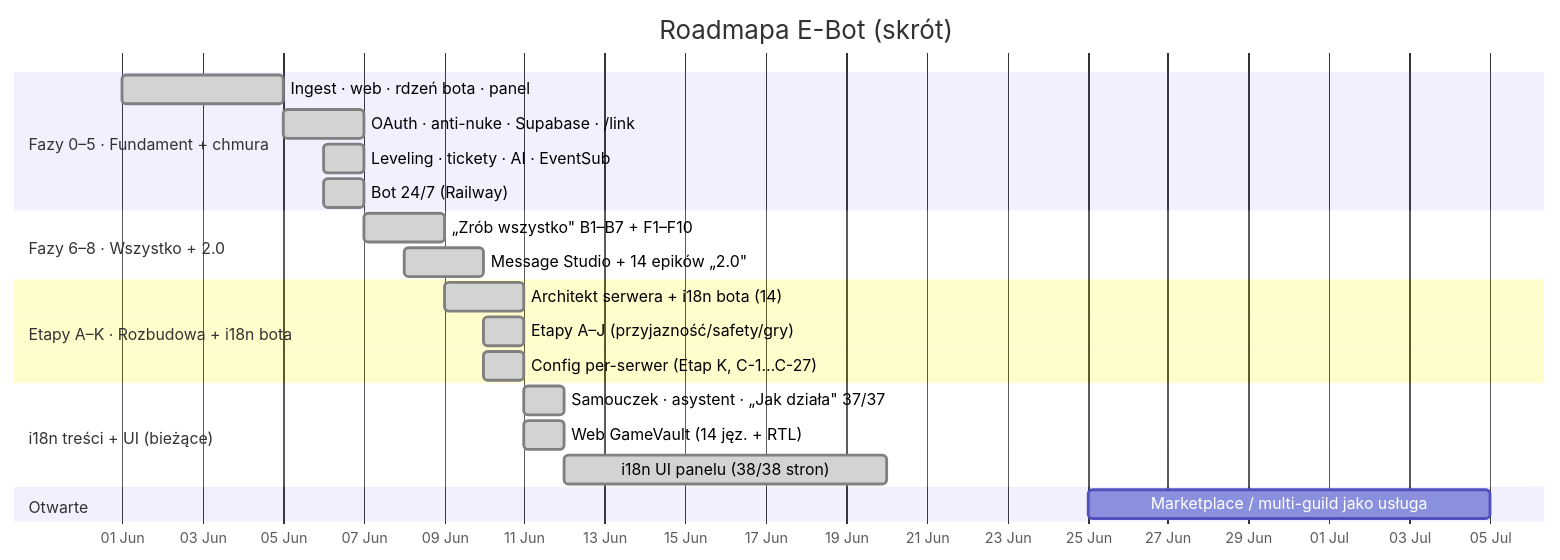
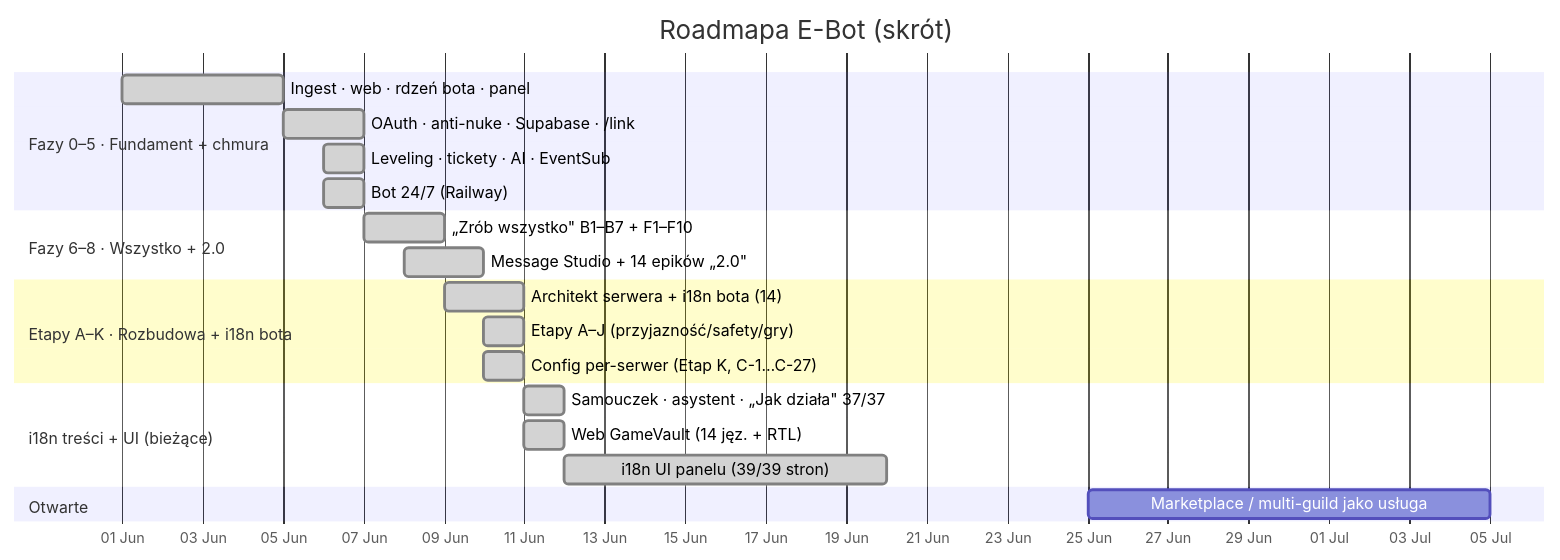
One commit to Gh0s777tt/E-Bot changed the first of 2 diagrams in docs/ROADMAP.md. Above: the diagram before and after it, drawn with Mermaid. The commit also changed other lines of this file and 15 other files, not shown here.

````diff
--- a/docs/ROADMAP.md
+++ b/docs/ROADMAP.md
@@ -23,24 +23,24 @@
 ```mermaid
 gantt
   title Roadmapa E-Bot (skrót)
   dateFormat YYYY-MM-DD
   axisFormat %d %b
   section Fazy 0–5 · Fundament + chmura
   Ingest · web · rdzeń bota · panel    :done, f0, 2026-06-01, 4d
   OAuth · anti-nuke · Supabase · /link :done, f1, 2026-06-05, 2d
   Leveling · tickety · AI · EventSub   :done, f4, 2026-06-06, 1d
   Bot 24/7 (Railway)                   :done, f5, 2026-06-06, 1d
   section Fazy 6–8 · Wszystko + 2.0
   „Zrób wszystko" B1–B7 + F1–F10       :done, f7, 2026-06-07, 2d
   Message Studio + 14 epików „2.0"     :done, f8, 2026-06-08, 2d
   section Etapy A–K · Rozbudowa + i18n bota
   Architekt serwera + i18n bota (14)   :done, ek1, 2026-06-09, 2d
   Etapy A–J (przyjazność/safety/gry)   :done, ek2, 2026-06-10, 1d
   Config per-serwer (Etap K, C-1…C-27) :done, ek3, 2026-06-10, 1d
   section i18n treści + UI (bieżące)
   Samouczek · asystent · „Jak działa" 37/37 :done, i1, 2026-06-11, 1d
   Web GameVault (14 jęz. + RTL)        :done, i2, 2026-06-11, 1d
-  i18n UI panelu (38/38 stron)         :done, i3, 2026-06-12, 8d
+  i18n UI panelu (39/39 stron)         :done, i3, 2026-06-12, 8d
   section Otwarte
   Marketplace / multi-guild jako usługa :        mk, 2026-06-25, 10d
 ```
````
